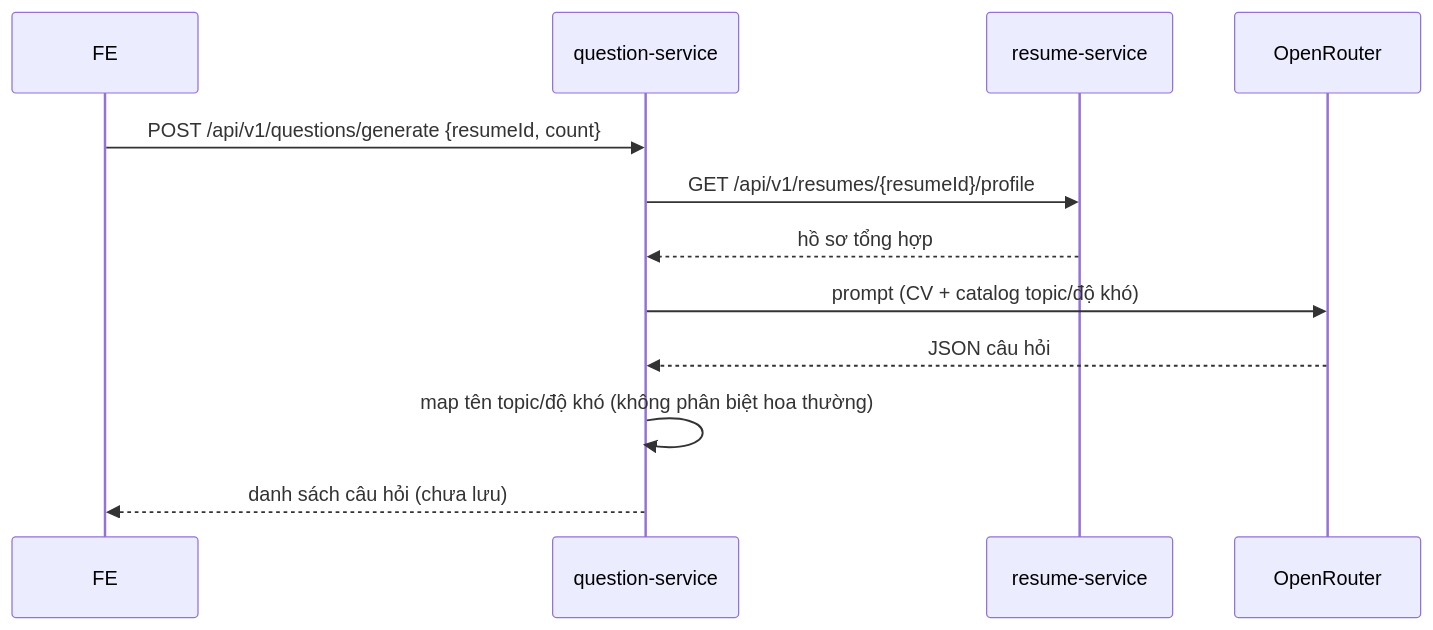
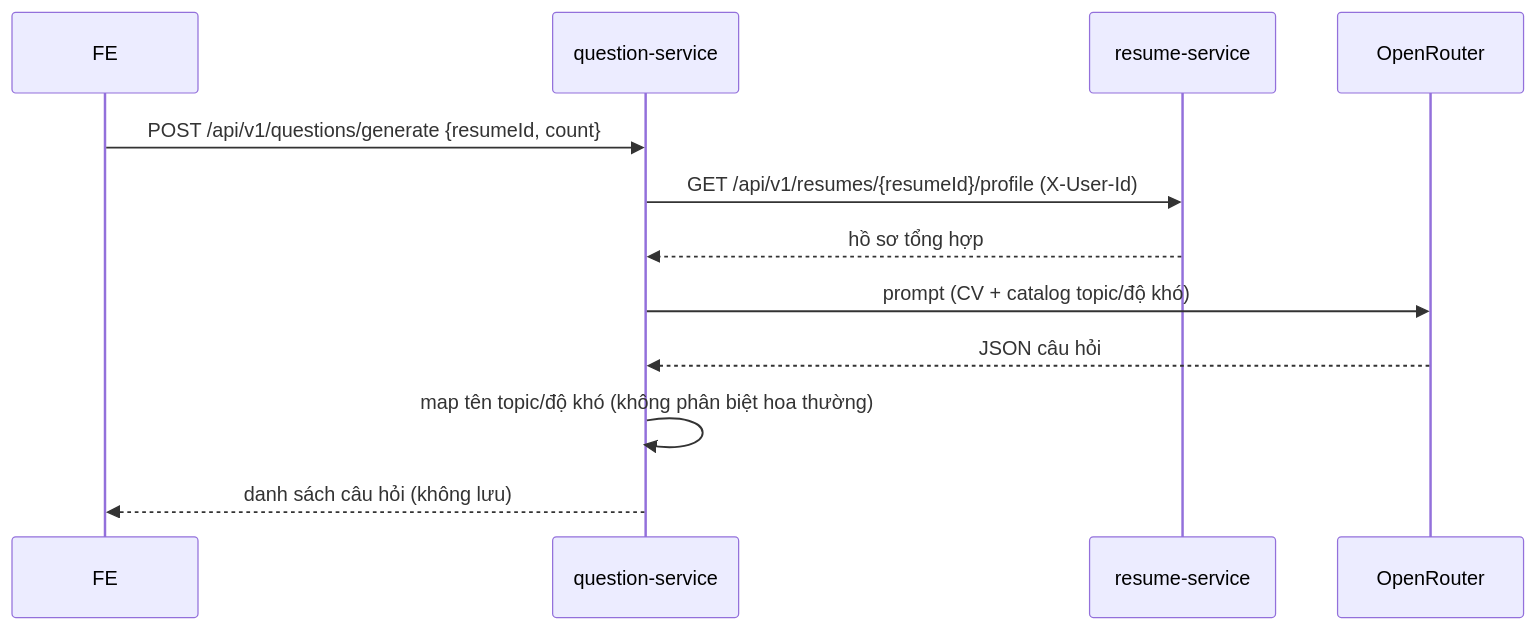
Before and after one commit to ngohoangg/intelli-hire: the fourth of 4 diagrams in docs/services/question-service.md, drawn with Mermaid. The commit also changed other lines of this file and 19 other files, not shown here.

````diff
--- a/docs/services/question-service.md
+++ b/docs/services/question-service.md
@@ -186,14 +198,14 @@
 ```mermaid
 sequenceDiagram
     participant FE
     participant Q as question-service
     participant RS as resume-service
     participant AI as OpenRouter
     FE->>Q: POST /api/v1/questions/generate {resumeId, count}
-    Q->>RS: GET /api/v1/resumes/{resumeId}/profile
+    Q->>RS: GET /api/v1/resumes/{resumeId}/profile (X-User-Id)
     RS-->>Q: hồ sơ tổng hợp
     Q->>AI: prompt (CV + catalog topic/độ khó)
     AI-->>Q: JSON câu hỏi
     Q->>Q: map tên topic/độ khó (không phân biệt hoa thường)
-    Q-->>FE: danh sách câu hỏi (chưa lưu)
+    Q-->>FE: danh sách câu hỏi (không lưu)
 ```
````
